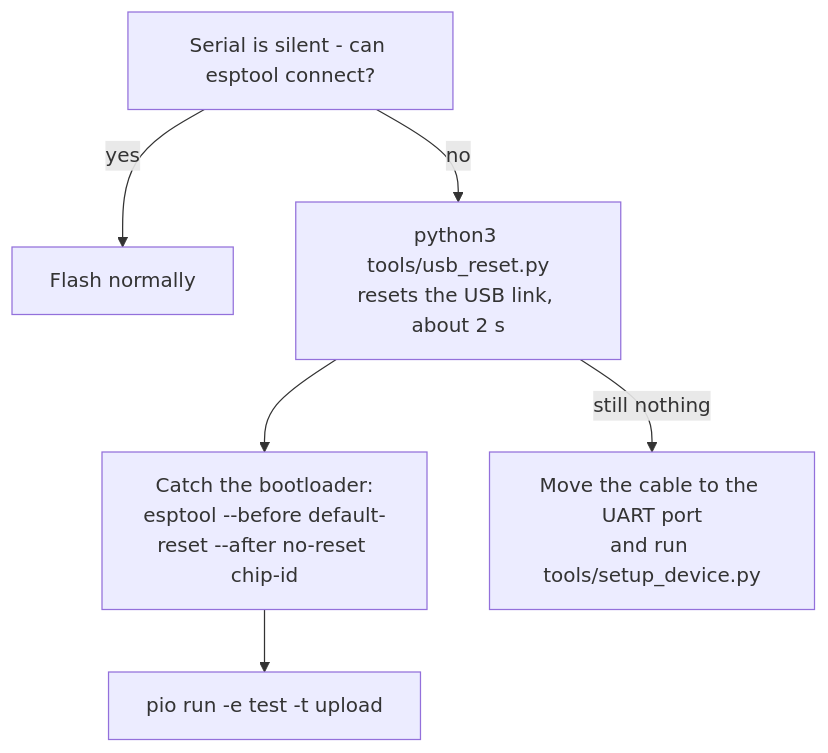
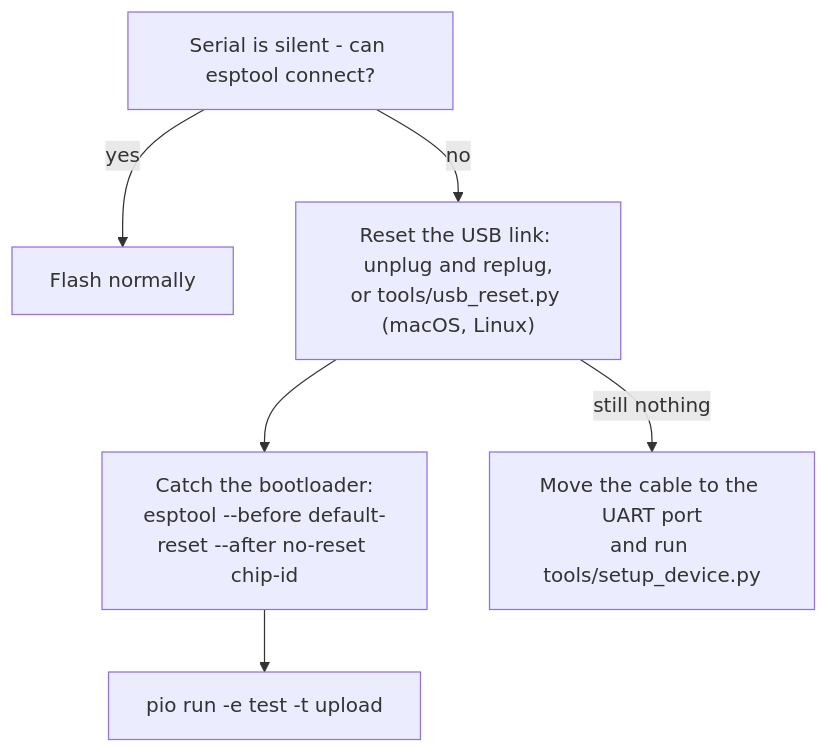
One commit to ristllin/Nimbus changed the second of 2 diagrams in docs/quick-start/flash.md. Above: the diagram before and after it, drawn with Mermaid. The commit also changed other lines of this file and 6 other files, not shown here.

````diff
--- a/docs/quick-start/flash.md
+++ b/docs/quick-start/flash.md
@@ -186,8 +256,8 @@
 ```mermaid
 flowchart TD
   A["Serial is silent - can esptool connect?"] -->|yes| B["Flash normally"]
-  A -->|no| C["python3 tools/usb_reset.py<br/>resets the USB link, about 2 s"]
+  A -->|no| C["Reset the USB link: unplug and replug,<br/>or tools/usb_reset.py (macOS, Linux)"]
   C --> D["Catch the bootloader:<br/>esptool --before default-reset --after no-reset chip-id"]
   D --> E["pio run -e test -t upload"]
   C -->|still nothing| F["Move the cable to the UART port<br/>and run tools/setup_device.py"]
 ```
````
